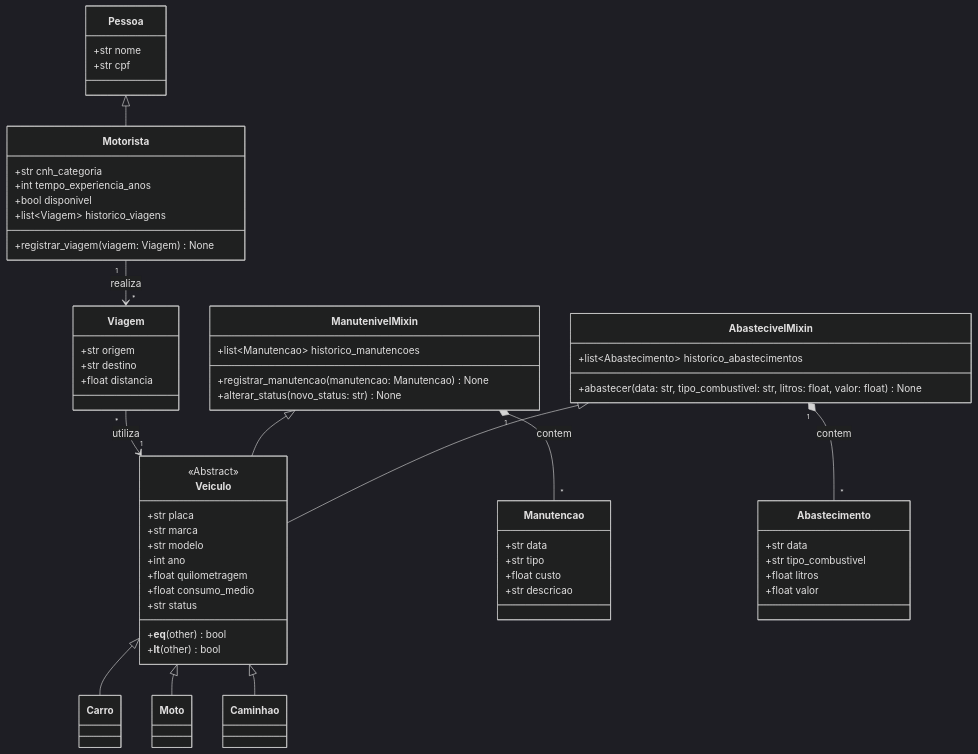
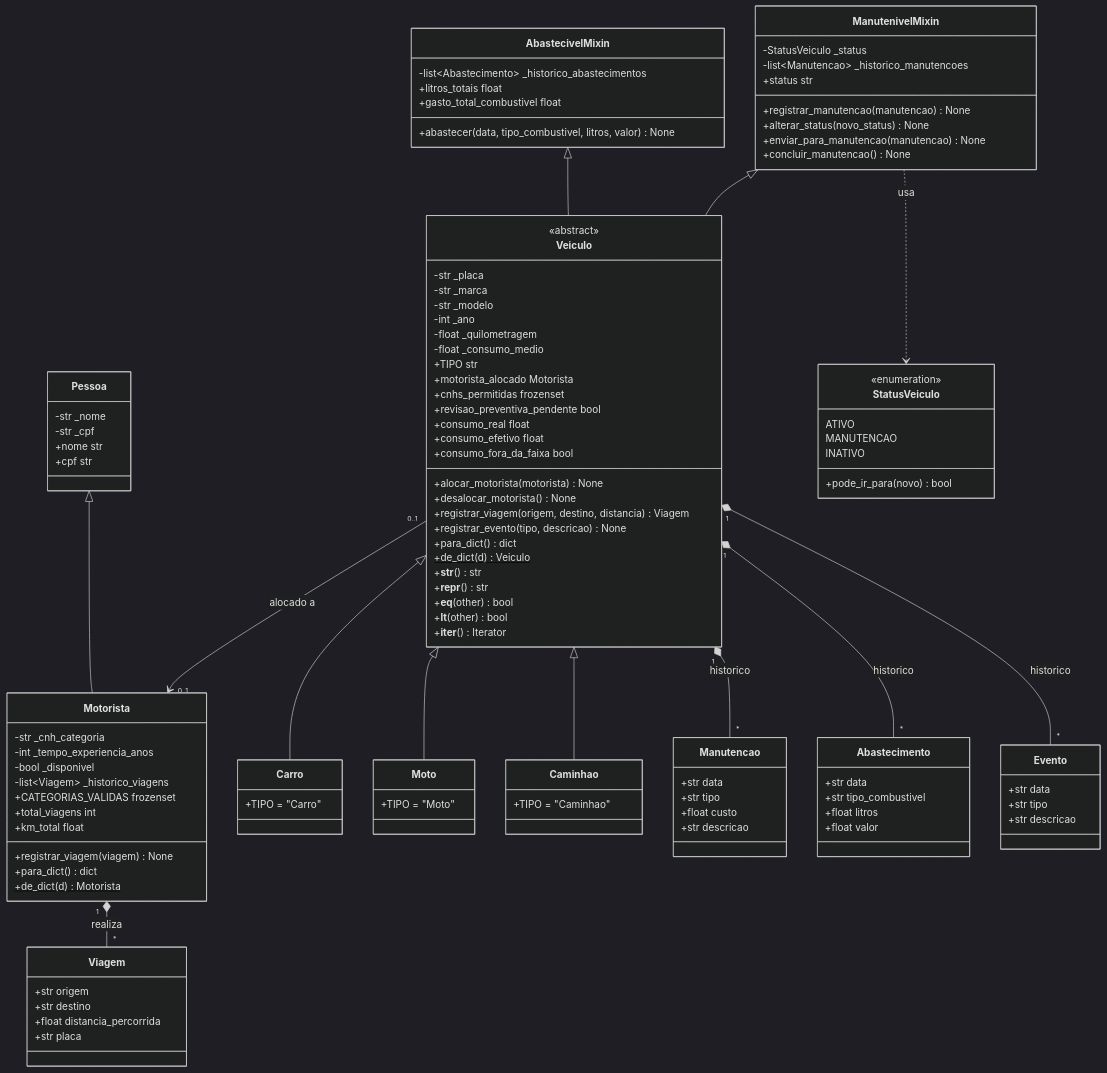
The diagram in README.md (LeonardoMendonca-130/gerenciamento-de-frota-de-veiculos), drawn with Mermaid (dark theme) before and after one commit. The commit also changed other lines of this file, not shown here.

Commit message:
Atualiza README

````diff
--- a/README.md
+++ b/README.md
@@ -22,46 +10,107 @@
 ```mermaid
 classDiagram
+    direction TB
+
     class Pessoa {
-        +str nome
-        +str cpf
+        -str _nome
+        -str _cpf
+        +nome str
+        +cpf str
     }
 
-
     class Motorista {
-        +str cnh_categoria
-        +int tempo_experiencia_anos
-        +bool disponivel
-        +list~Viagem~ historico_viagens
-        +registrar_viagem(viagem: Viagem) None
+        -str _cnh_categoria
+        -int _tempo_experiencia_anos
+        -bool _disponivel
+        -list~Viagem~ _historico_viagens
+        +CATEGORIAS_VALIDAS frozenset
+        +total_viagens int
+        +km_total float
+        +registrar_viagem(viagem) None
+        +para_dict() dict
+        +de_dict(d)$ Motorista
     }
 
     class AbastecivelMixin {
-        +list~Abastecimento~ historico_abastecimentos
-        +abastecer(data: str, tipo_combustivel: str, litros: float, valor: float) None
+        -list~Abastecimento~ _historico_abastecimentos
+        +litros_totais float
+        +gasto_total_combustivel float
+        +abastecer(data, tipo_combustivel, litros, valor) None
     }
 
     class ManutenivelMixin {
-        +list~Manutencao~ historico_manutencoes
-        +registrar_manutencao(manutencao: Manutencao) None
-        +alterar_status(novo_status: str) None
+        -StatusVeiculo _status
+        -list~Manutencao~ _historico_manutencoes
+        +status str
+        +registrar_manutencao(manutencao) None
+        +alterar_status(novo_status) None
+        +enviar_para_manutencao(manutencao) None
+        +concluir_manutencao() None
     }
 
     class Veiculo {
-        <<Abstract>>
-        +str placa
-        +str marca
-        +str modelo
-        +int ano
-        +float quilometragem
-        +float consumo_medio
-        +str status
+        <<abstract>>
+        -str _placa
+        -str _marca
+        -str _modelo
+        -int _ano
+        -float _quilometragem
+        -float _consumo_medio
+        +TIPO str
+        +motorista_alocado Motorista
+        +cnhs_permitidas frozenset
+        +revisao_preventiva_pendente bool
+        +consumo_real float
+        +consumo_efetivo float
+        +consumo_fora_da_faixa bool
+        +alocar_motorista(motorista) None
+        +desalocar_motorista() None
+        +registrar_viagem(origem, destino, distancia) Viagem
+        +registrar_evento(tipo, descricao) None
+        +para_dict() dict
+        +de_dict(d)$ Veiculo
+        +__str__() str
+        +__repr__() str
         +__eq__(other) bool
         +__lt__(other) bool
+        +__iter__() Iterator
     }
 
-    class Carro
-    class Moto
-    class Caminhao
+    class Carro { +TIPO = "Carro" }
+    class Moto { +TIPO = "Moto" }
+    class Caminhao { +TIPO = "Caminhao" }
+
+    class Manutencao {
+        +str data
+        +str tipo
+        +float custo
+        +str descricao
+    }
+    class Abastecimento {
+        +str data
+        +str tipo_combustivel
+        +float litros
+        +float valor
+    }
+    class Viagem {
+        +str origem
+        +str destino
+        +float distancia_percorrida
+        +str placa
+    }
+    class Evento {
+        +str data
+        +str tipo
+        +str descricao
+    }
+
+    class StatusVeiculo {
+        <<enumeration>>
+        ATIVO
+        MANUTENCAO
+        INATIVO
+        +pode_ir_para(novo) bool
+    }
 
     Pessoa <|-- Motorista
     AbastecivelMixin <|-- Veiculo
@@ -70,28 +119,10 @@
     Veiculo <|-- Moto
     Veiculo <|-- Caminhao
 
-    class Manutencao {
-        +str data
-        +str tipo
-        +float custo
-        +str descricao
-    }
-
-    class Abastecimento {
-        +str data
-        +str tipo_combustivel
-        +float litros
-        +float valor
-    }
-
-    class Viagem {
-        +str origem
-        +str destino
-        +float distancia
-    }
-
-    ManutenivelMixin "1" *-- "*" Manutencao : contem
-    AbastecivelMixin "1" *-- "*" Abastecimento : contem
-    Motorista "1" --> "*" Viagem : realiza
-    Viagem "*" --> "1" Veiculo : utiliza
+    Veiculo "1" *-- "*" Manutencao : historico
+    Veiculo "1" *-- "*" Abastecimento : historico
+    Veiculo "1" *-- "*" Evento : historico
+    Motorista "1" *-- "*" Viagem : realiza
+    Veiculo "0..1" --> "0..1" Motorista : alocado a
+    ManutenivelMixin ..> StatusVeiculo : usa
 ```
````
